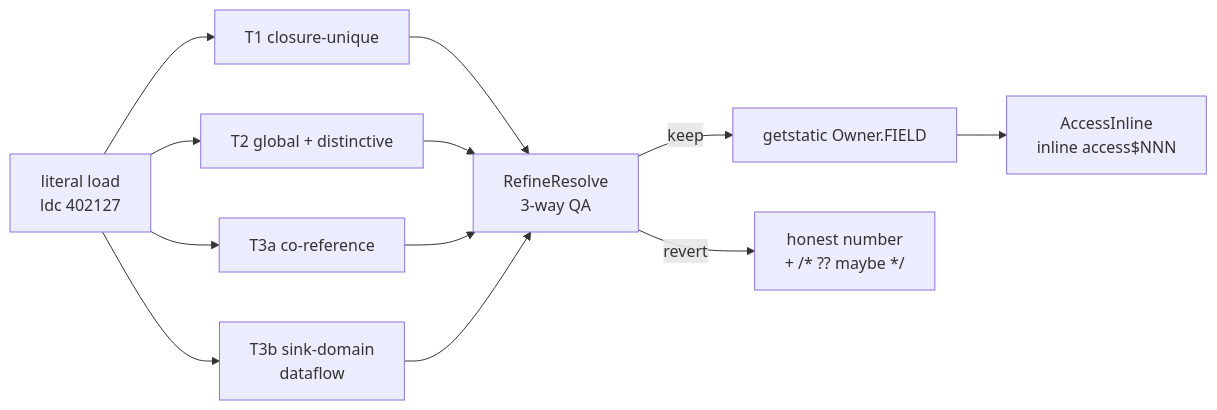
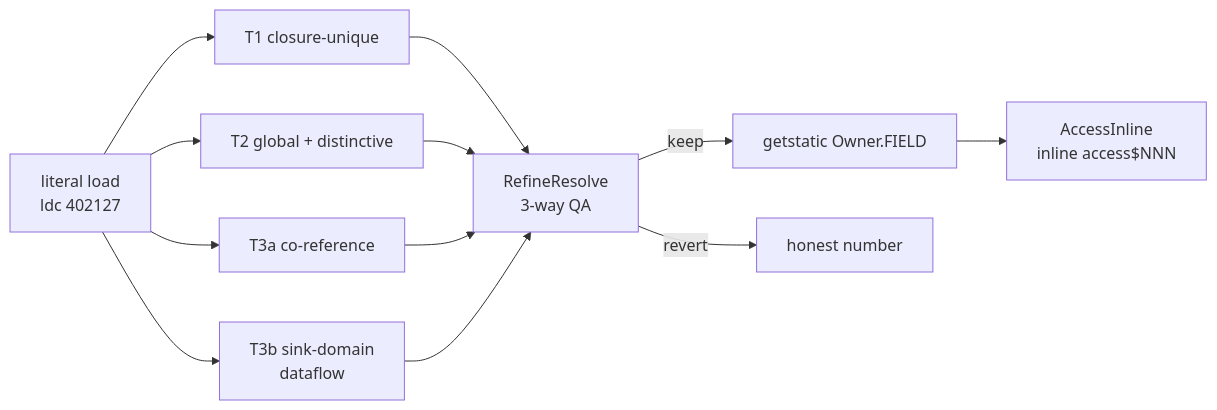
One commit to luka-dev/jxe2jar changed the first of 3 diagrams in README.md. Above: the diagram before and after it, drawn with Mermaid. The commit also changed other lines of this file and 73 other files, not shown here.

````diff
--- a/README.md
+++ b/README.md
@@ -114,11 +129,11 @@
 ```mermaid
 flowchart LR
     L["literal load<br/>ldc 402127"] --> T1["T1 closure-unique"]
     L --> T2["T2 global + distinctive"]
     L --> T3a["T3a co-reference"]
     L --> T3b["T3b sink-domain<br/>dataflow"]
     T1 & T2 & T3a & T3b --> R["RefineResolve<br/>3-way QA"]
     R -->|keep| G["getstatic Owner.FIELD"]
-    R -->|revert| N["honest number<br/>+ /* ?? maybe */"]
+    R -->|revert| N["honest number"]
     G --> A["AccessInline<br/>inline access$NNN"]
 ```
````
